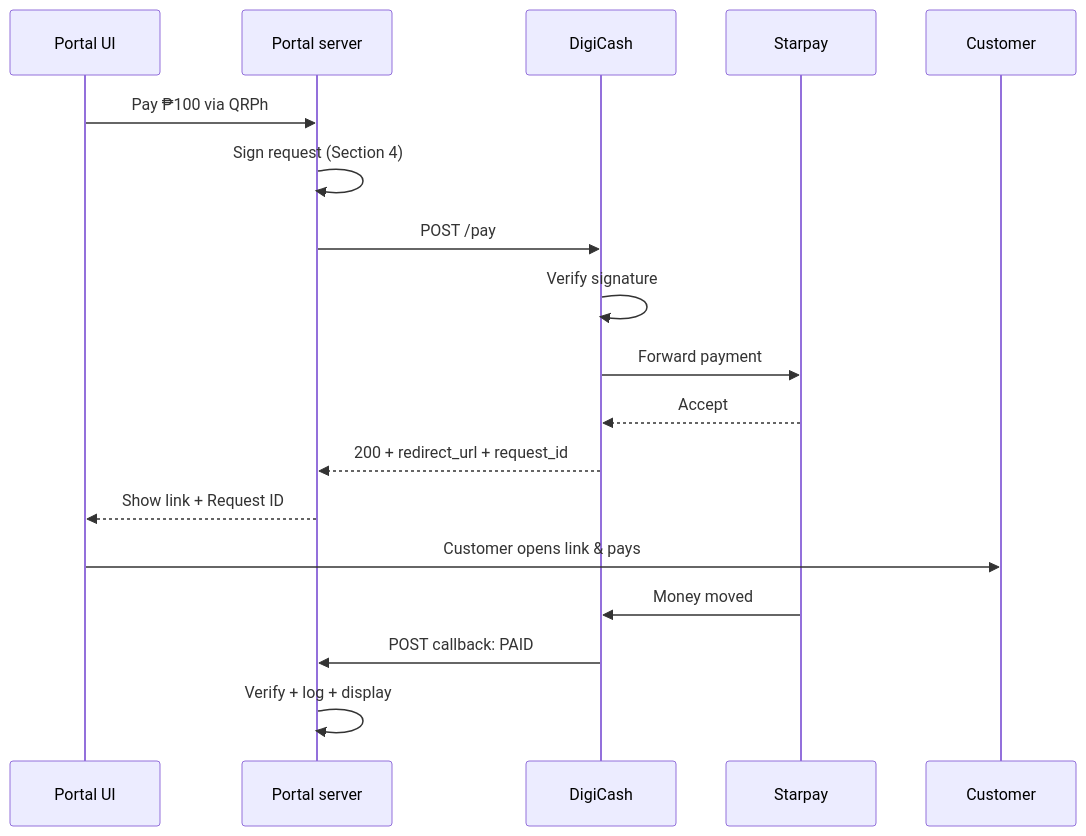
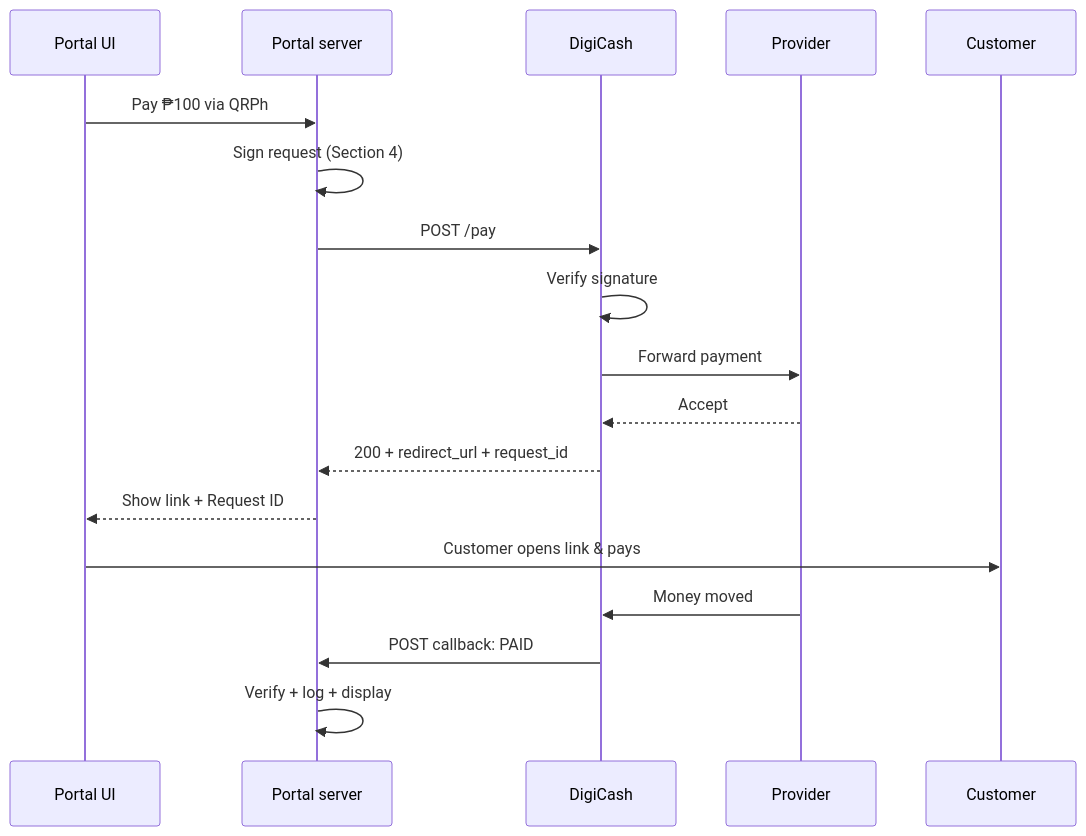
Before and after one commit to kevzo8/svi-digicash: the fourth of 8 diagrams in docs/DIGICASH_API_DOCUMENTATION.md, drawn with Mermaid. The commit also changed other lines of this file and 13 other files, not shown here.

````diff
--- a/docs/DIGICASH_API_DOCUMENTATION.md
+++ b/docs/DIGICASH_API_DOCUMENTATION.md
@@ -174,20 +185,20 @@
 ```mermaid
 sequenceDiagram
     participant U as Portal UI
     participant S as Portal server
     participant D as DigiCash
-    participant P as Starpay
+    participant P as Provider
     participant C as Customer
     U->>S: Pay ₱100 via QRPh
     S->>S: Sign request (Section 4)
     S->>D: POST /pay
     D->>D: Verify signature
     D->>P: Forward payment
     P-->>D: Accept
     D-->>S: 200 + redirect_url + request_id
     S-->>U: Show link + Request ID
     U->>C: Customer opens link & pays
     P->>D: Money moved
     D->>S: POST callback: PAID
     S->>S: Verify + log + display
 ```
````
